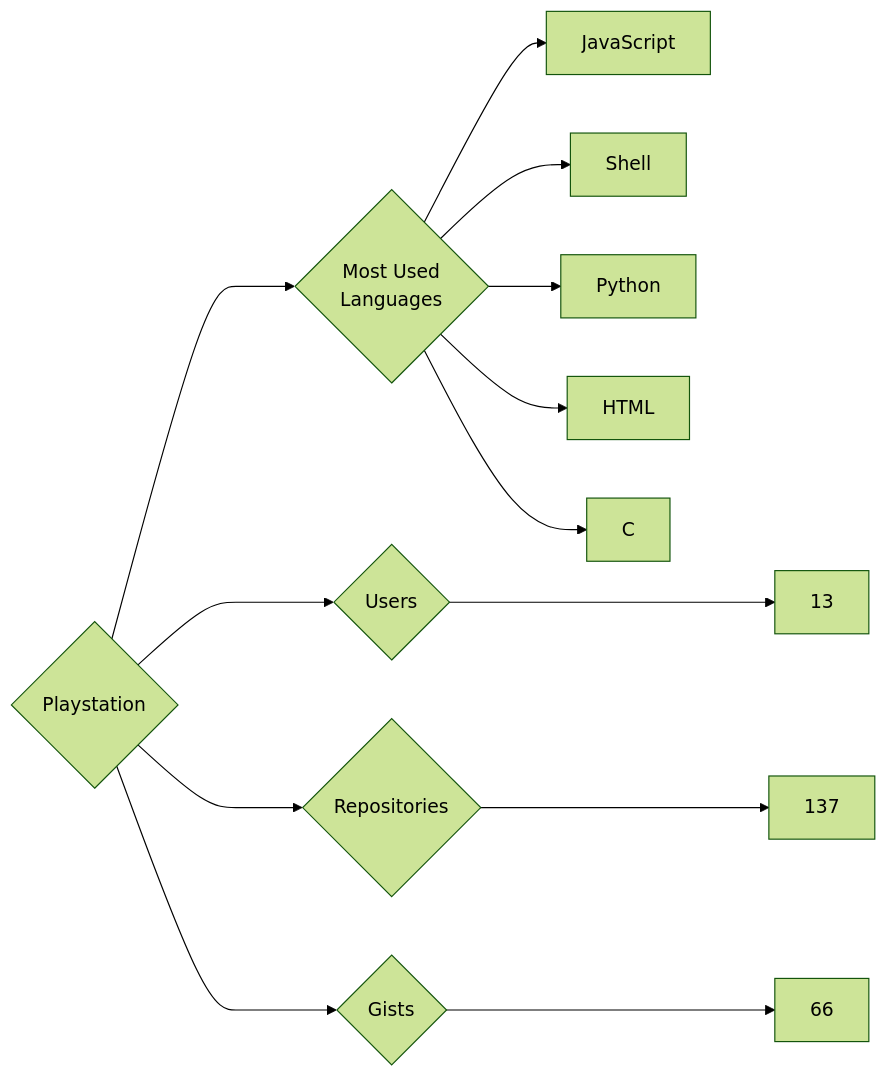
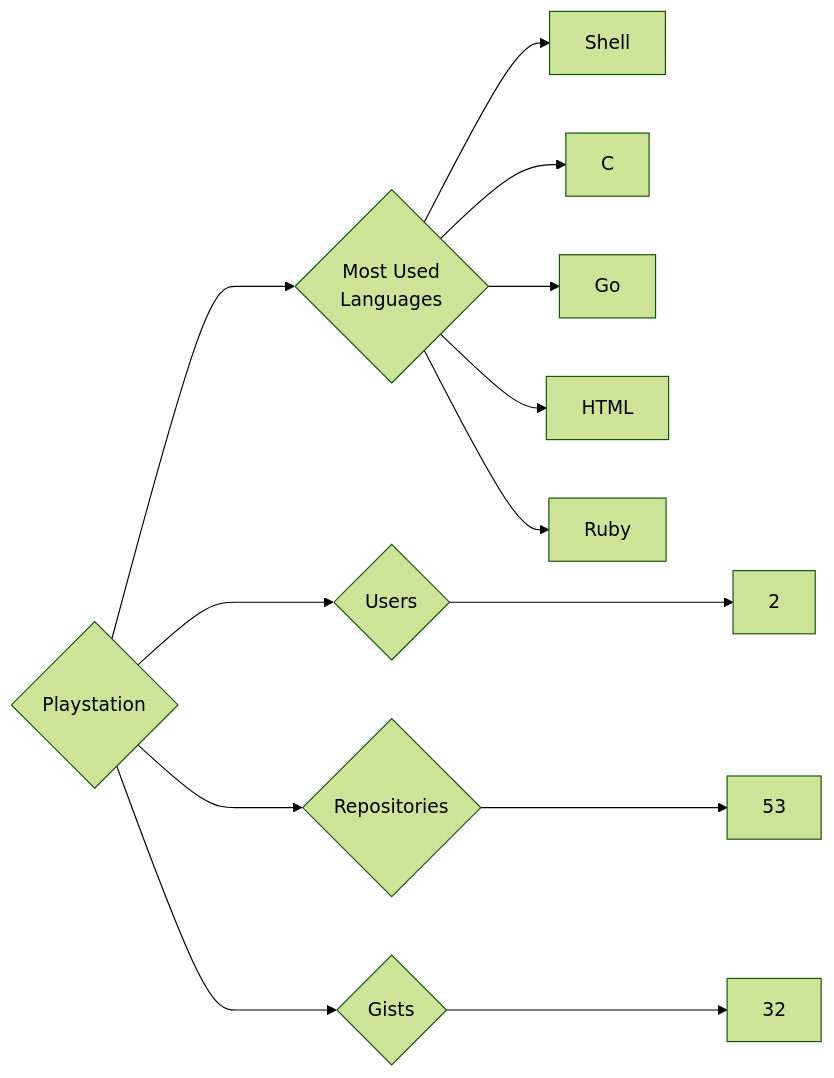
Before and after one commit to trickest/insiders: the diagram in targets/Playstation/README.md, drawn with Mermaid (forest theme). The commit also changed 695 other files, not shown here.

````diff
--- a/targets/Playstation/README.md
+++ b/targets/Playstation/README.md
@@ -3,13 +3,13 @@
 ```mermaid
 graph LR
 COMPANY_NAME{Playstation}
-COMPANY_NAME ---> U{Users} ---> UN[13]
-COMPANY_NAME ---> R{Repositories} ---> RN[137]
-COMPANY_NAME ---> G{Gists} ---> GN[66]
+COMPANY_NAME ---> U{Users} ---> UN[2]
+COMPANY_NAME ---> R{Repositories} ---> RN[53]
+COMPANY_NAME ---> G{Gists} ---> GN[32]
 COMPANY_NAME ---> ML{Most Used<br>Languages}
-ML --> JavaScript[JavaScript]
 ML --> Shell[Shell]
-ML --> Python[Python]
+ML --> C[C]
+ML --> Go[Go]
 ML --> HTML[HTML]
-ML --> C[C]
+ML --> Ruby[Ruby]
 ```
````
